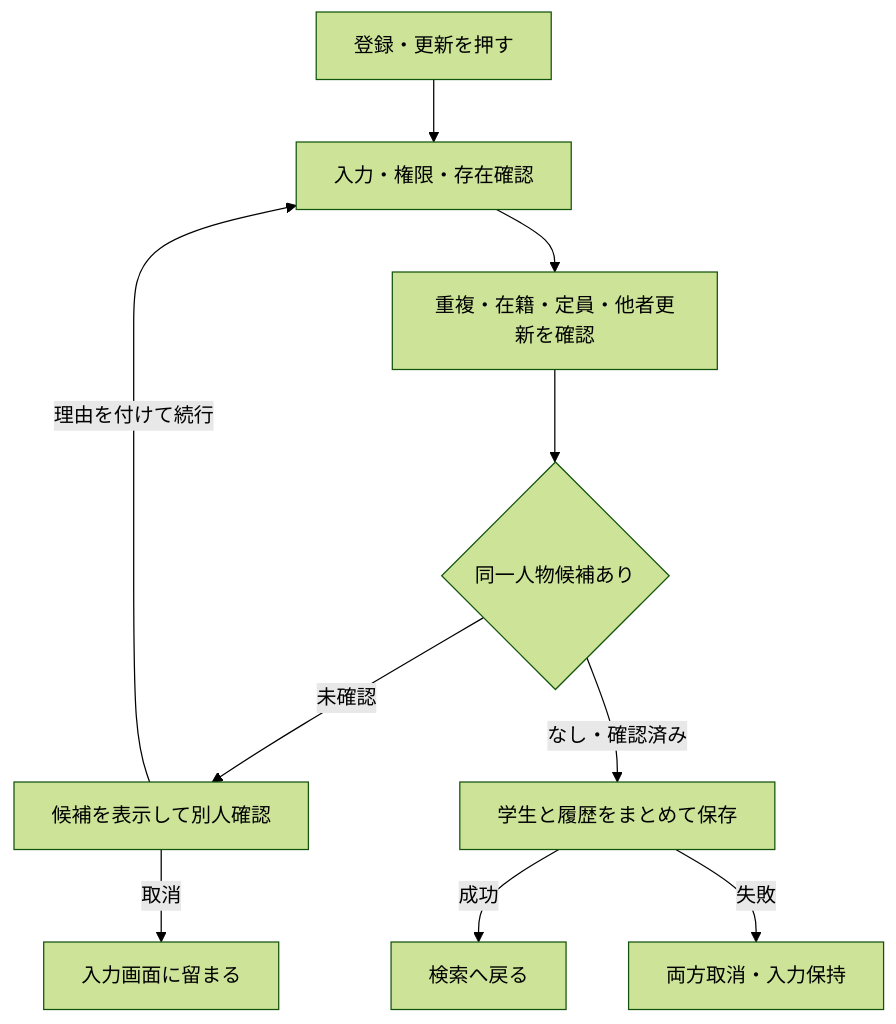
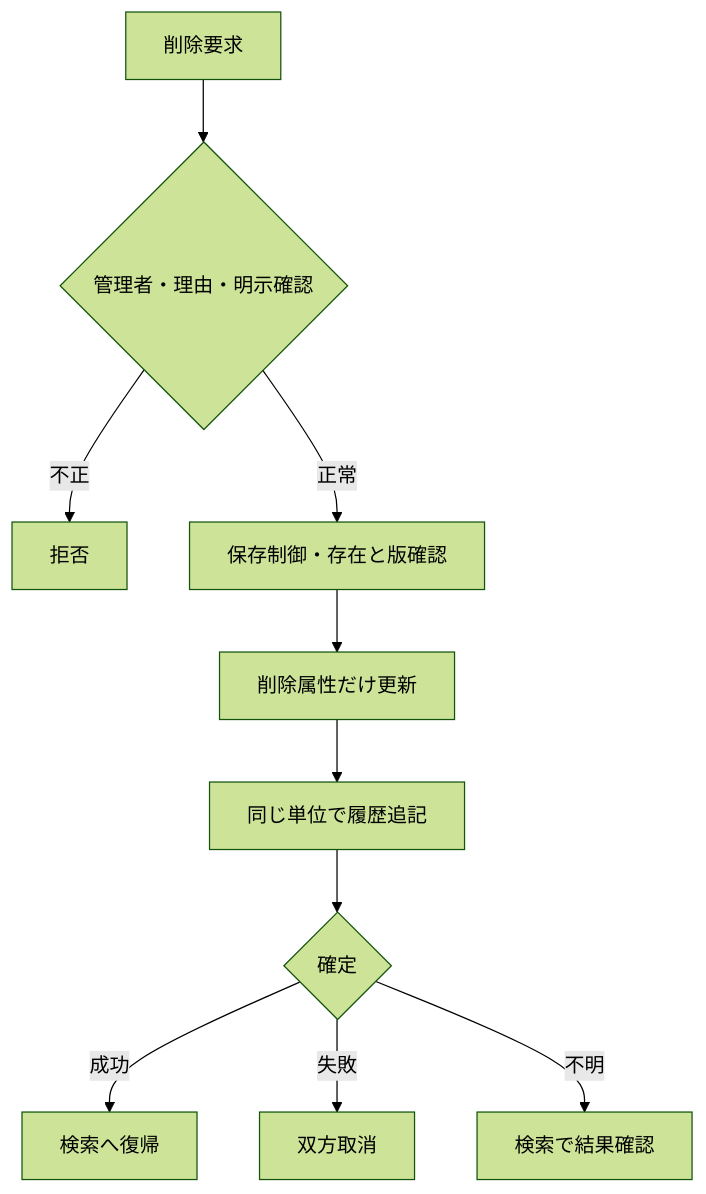
Before and after one commit to tujinrong/contextbase-evaluation: diagram 12 of 15 in spec/基本設計書/02_学生登録画面.md, drawn with Mermaid (forest theme). The commit also changed other lines of this file and 50 other files, not shown here.

````diff
--- a/spec/基本設計書/02_学生登録画面.md
+++ b/spec/基本設計書/02_学生登録画面.md
@@ -136,12 +458,12 @@
 ```mermaid
 flowchart TD
-    入力[登録・更新を押す] --> 検査[入力・権限・存在確認]
-    検査 --> 整合[重複・在籍・定員・他者更新を確認]
-    整合 --> 候補{同一人物候補あり}
-    候補 -->|未確認| 確認[候補を表示して別人確認]
-    確認 -->|取消| 画面[入力画面に留まる]
-    確認 -->|理由を付けて続行| 検査
-    候補 -->|なし・確認済み| 保存[学生と履歴をまとめて保存]
-    保存 -->|成功| 復帰[検索へ戻る]
-    保存 -->|失敗| 取消[両方取消・入力保持]
+    A[削除要求] --> B{管理者・理由・明示確認}
+    B -->|不正| X[拒否]
+    B -->|正常| C[保存制御・存在と版確認]
+    C --> D[削除属性だけ更新]
+    D --> E[同じ単位で履歴追記]
+    E --> F{確定}
+    F -->|成功| G[検索へ復帰]
+    F -->|失敗| H[双方取消]
+    F -->|不明| I[検索で結果確認]
 ```
````
